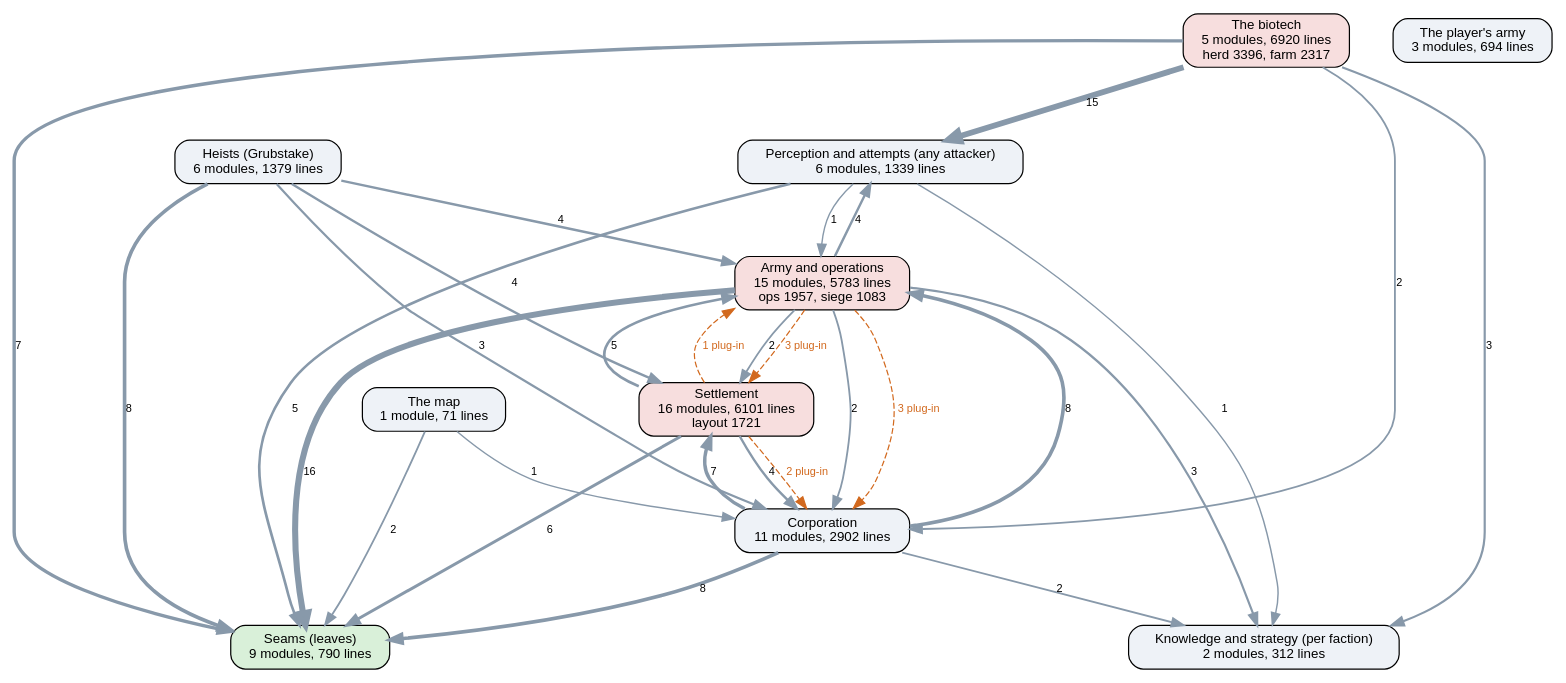
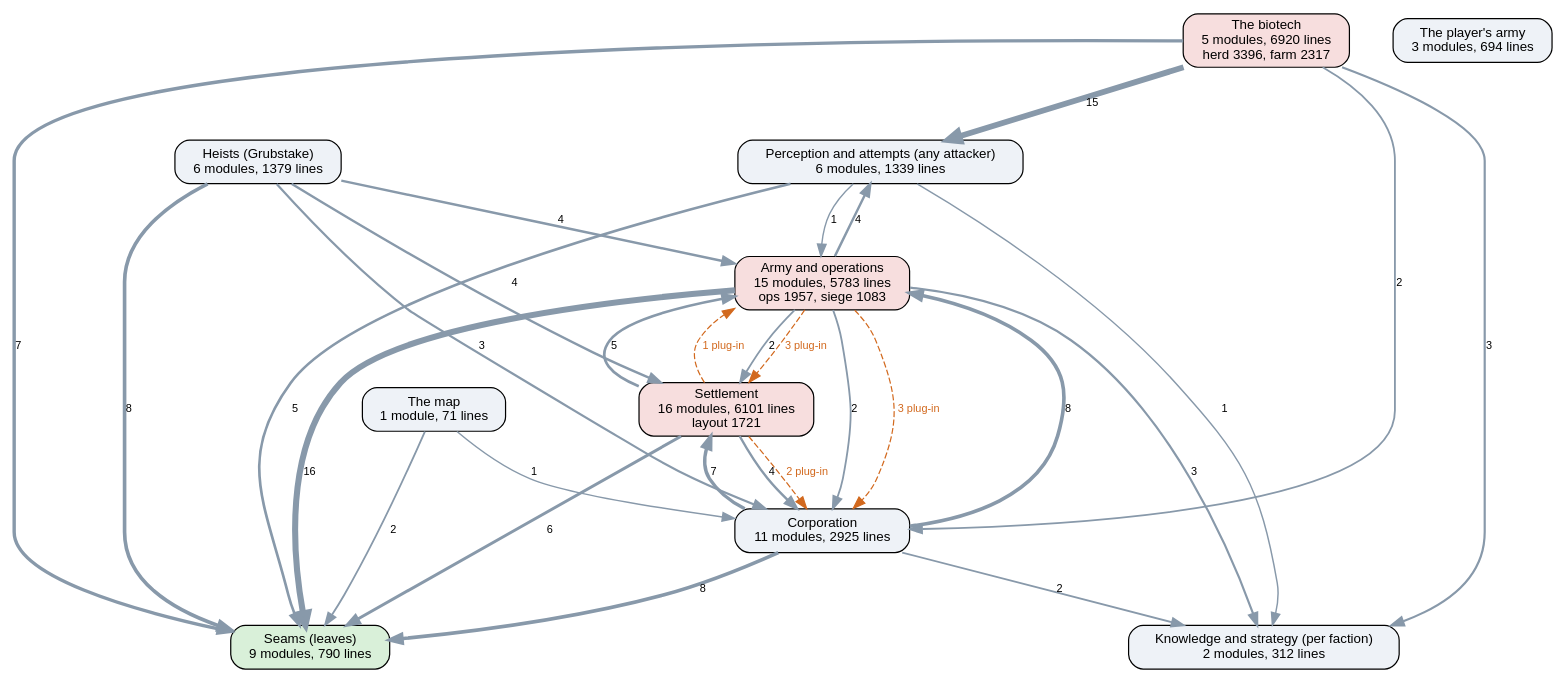
One commit to kinelhu/landing-party changed the diagram in docs/ai-layers.dot. Above: the diagram before and after it, drawn with Graphviz. The commit also changed 12 other files, not shown here.

```diff
--- a/docs/ai-layers.dot
+++ b/docs/ai-layers.dot
@@ -1,44 +1,44 @@
 digraph layers {
   graph [rankdir=TB, fontname="Helvetica", nodesep=0.5, ranksep=0.7];
   node [shape=box, style="rounded,filled", fontname="Helvetica", fontsize=11, fillcolor="#eef2f7"];
   edge [color="#8899aa", fontname="Helvetica", fontsize=9];
   "Seams (leaves)" [label="Seams (leaves)\n9 modules, 790 lines", fillcolor="#d9f0d9"];
   "Perception and attempts (any attacker)" [label="Perception and attempts (any attacker)\n6 modules, 1339 lines", fillcolor="#eef2f7"];
   "Knowledge and strategy (per faction)" [label="Knowledge and strategy (per faction)\n2 modules, 312 lines", fillcolor="#eef2f7"];
-  "Corporation" [label="Corporation\n11 modules, 2902 lines", fillcolor="#eef2f7"];
+  "Corporation" [label="Corporation\n11 modules, 2925 lines", fillcolor="#eef2f7"];
   "Settlement" [label="Settlement\n16 modules, 6101 lines\nlayout 1721", fillcolor="#f7dede"];
   "Army and operations" [label="Army and operations\n15 modules, 5783 lines\nops 1957, siege 1083", fillcolor="#f7dede"];
   "Heists (Grubstake)" [label="Heists (Grubstake)\n6 modules, 1379 lines", fillcolor="#eef2f7"];
   "The biotech" [label="The biotech\n5 modules, 6920 lines\nherd 3396, farm 2317", fillcolor="#f7dede"];
   "The map" [label="The map\n1 module, 71 lines", fillcolor="#eef2f7"];
   "The player's army" [label="The player's army\n3 modules, 694 lines", fillcolor="#eef2f7"];
   "Army and operations" -> "Corporation" [label="2", penwidth=1.5];
   "Army and operations" -> "Knowledge and strategy (per faction)" [label="3", penwidth=1.8];
   "Army and operations" -> "Perception and attempts (any attacker)" [label="4", penwidth=2.0];
   "Army and operations" -> "Seams (leaves)" [label="16", penwidth=5.0];
   "Army and operations" -> "Settlement" [label="2", penwidth=1.5];
   "Corporation" -> "Army and operations" [label="8", penwidth=3.0];
   "Corporation" -> "Knowledge and strategy (per faction)" [label="2", penwidth=1.5];
   "Corporation" -> "Seams (leaves)" [label="8", penwidth=3.0];
   "Corporation" -> "Settlement" [label="7", penwidth=2.8];
   "Heists (Grubstake)" -> "Army and operations" [label="4", penwidth=2.0];
   "Heists (Grubstake)" -> "Corporation" [label="3", penwidth=1.8];
   "Heists (Grubstake)" -> "Seams (leaves)" [label="8", penwidth=3.0];
   "Heists (Grubstake)" -> "Settlement" [label="4", penwidth=2.0];
   "Perception and attempts (any attacker)" -> "Army and operations" [label="1", penwidth=1.2];
   "Perception and attempts (any attacker)" -> "Knowledge and strategy (per faction)" [label="1", penwidth=1.2];
   "Perception and attempts (any attacker)" -> "Seams (leaves)" [label="5", penwidth=2.2];
   "Settlement" -> "Army and operations" [label="5", penwidth=2.2];
   "Settlement" -> "Corporation" [label="4", penwidth=2.0];
   "Settlement" -> "Seams (leaves)" [label="6", penwidth=2.5];
   "The biotech" -> "Corporation" [label="2", penwidth=1.5];
   "The biotech" -> "Knowledge and strategy (per faction)" [label="3", penwidth=1.8];
   "The biotech" -> "Perception and attempts (any attacker)" [label="15", penwidth=4.8];
   "The biotech" -> "Seams (leaves)" [label="7", penwidth=2.8];
   "The map" -> "Corporation" [label="1", penwidth=1.2];
   "The map" -> "Seams (leaves)" [label="2", penwidth=1.5];
   "Army and operations" -> "Corporation" [style=dashed, color="#d2691e", fontcolor="#d2691e", label="3 plug-in"];
   "Army and operations" -> "Settlement" [style=dashed, color="#d2691e", fontcolor="#d2691e", label="3 plug-in"];
   "Settlement" -> "Army and operations" [style=dashed, color="#d2691e", fontcolor="#d2691e", label="1 plug-in"];
   "Settlement" -> "Corporation" [style=dashed, color="#d2691e", fontcolor="#d2691e", label="2 plug-in"];
 }
```
